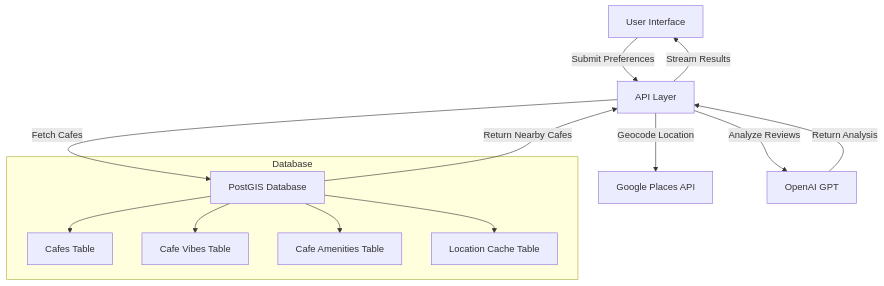
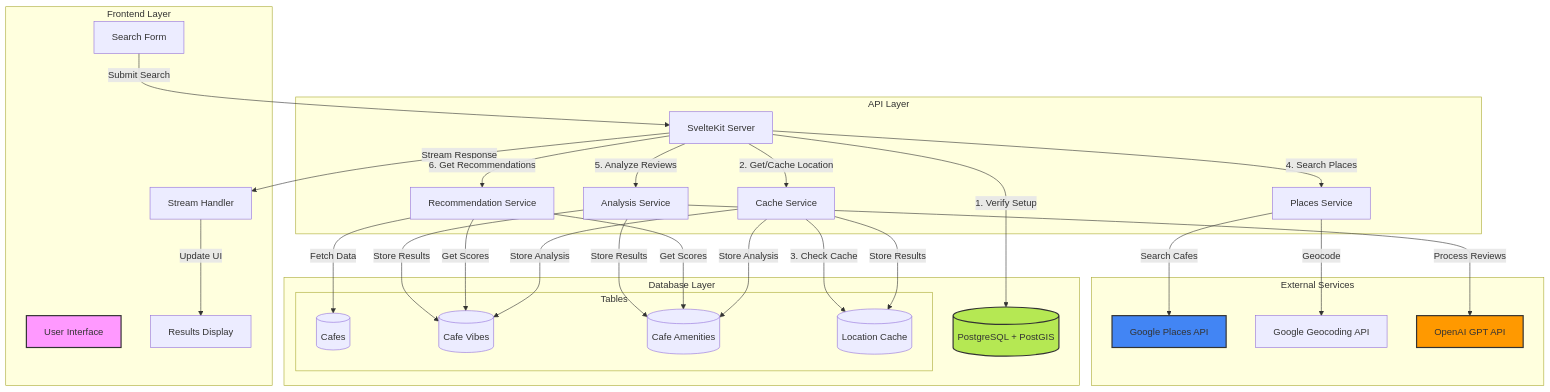
The first of 5 diagrams in README.md (yashmit07/QuickCafe), drawn with Mermaid before and after one commit. The commit also changed other lines of this file, not shown here.

````diff
--- a/README.md
+++ b/README.md
@@ -27,17 +29,68 @@
 ```mermaid
 graph TD
-    A[User Interface] -->|Submit Preferences| B[API Layer]
-    B -->|Geocode Location| C[Google Places API]
-    B -->|Fetch Cafes| D[PostGIS Database]
-    B -->|Analyze Reviews| E[OpenAI GPT]
-    D -->|Return Nearby Cafes| B
-    E -->|Return Analysis| B
-    B -->|Stream Results| A
+    subgraph "Frontend Layer"
+        UI[User Interface]
+        Form[Search Form]
+        Results[Results Display]
+        Stream[Stream Handler]
+    end
+
+    subgraph "API Layer"
+        Server[SvelteKit Server]
+        Cache[Cache Service]
+        Places[Places Service]
+        Analysis[Analysis Service]
+        Recommender[Recommendation Service]
+    end
+
+    subgraph "External Services"
+        GP[Google Places API]
+        GG[Google Geocoding API]
+        OAI[OpenAI GPT API]
+    end
+
+    subgraph "Database Layer"
+        PG[(PostgreSQL + PostGIS)]
+        subgraph "Tables"
+            Cafes[(Cafes)]
+            Vibes[(Cafe Vibes)]
+            Amenities[(Cafe Amenities)]
+            Locations[(Location Cache)]
+        end
+    end
+
+    %% Frontend Flow
+    Form -->|Submit Search| Server
+    Server -->|Stream Response| Stream
+    Stream -->|Update UI| Results
+
+    %% Main Processing Flow
+    Server -->|1. Verify Setup| PG
+    Server -->|2. Get/Cache Location| Cache
+    Cache -->|3. Check Cache| Locations
+    Server -->|4. Search Places| Places
+    Places -->|Geocode| GG
+    Places -->|Search Cafes| GP
     
-    subgraph Database
-    D --> F[Cafes Table]
-    D --> G[Cafe Vibes Table]
-    D --> H[Cafe Amenities Table]
-    D --> I[Location Cache Table]
-    end
+    %% Analysis Flow
+    Server -->|5. Analyze Reviews| Analysis
+    Analysis -->|Process Reviews| OAI
+    Analysis -->|Store Results| Vibes
+    Analysis -->|Store Results| Amenities
+    
+    %% Recommendation Flow
+    Server -->|6. Get Recommendations| Recommender
+    Recommender -->|Fetch Data| Cafes
+    Recommender -->|Get Scores| Vibes
+    Recommender -->|Get Scores| Amenities
+    
+    %% Cache Updates
+    Cache -->|Store Results| Locations
+    Cache -->|Store Analysis| Vibes
+    Cache -->|Store Analysis| Amenities
+
+    style UI fill:#f9f,stroke:#333,stroke-width:2px
+    style PG fill:#b5e853,stroke:#333,stroke-width:2px
+    style OAI fill:#ff9900,stroke:#333,stroke-width:2px
+    style GP fill:#4285f4,stroke:#333,stroke-width:2px
 ```
````
